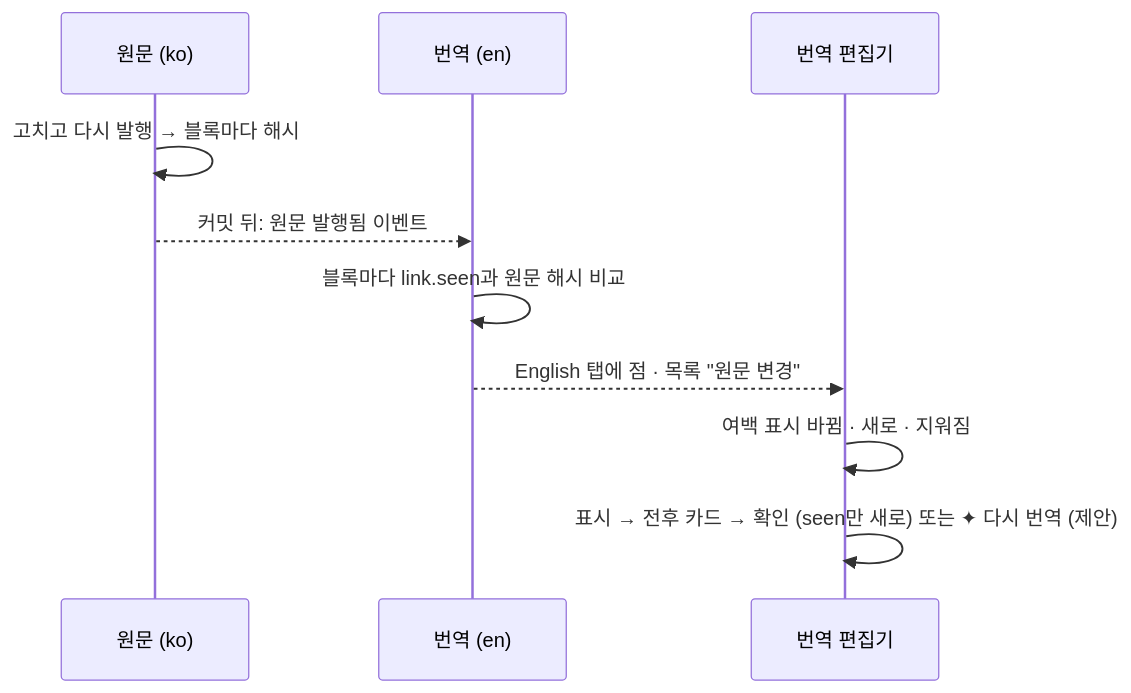
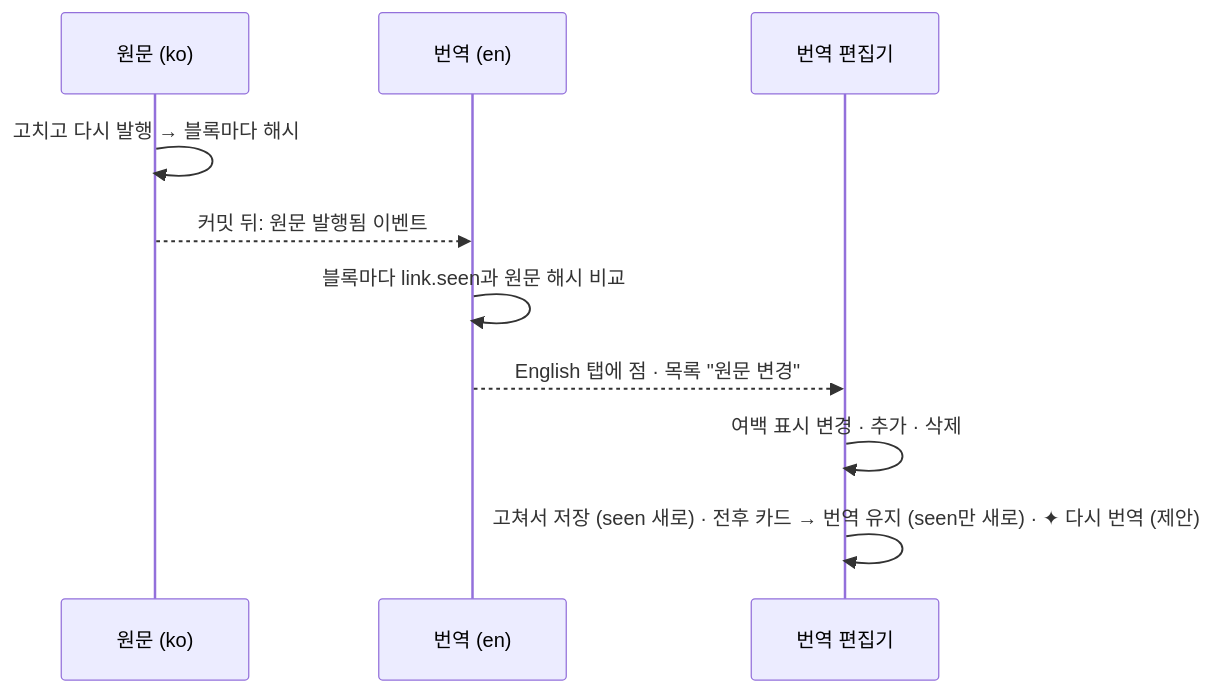
The second of 4 diagrams in docs/design/features/04-languages.md (monti-cms/monti), drawn with Mermaid before and after one commit. The commit also changed other lines of this file and 188 other files, not shown here.

````diff
--- a/docs/design/features/04-languages.md
+++ b/docs/design/features/04-languages.md
@@ -75,13 +75,13 @@
 ```mermaid
 sequenceDiagram
   participant S as 원문 (ko)
   participant T as 번역 (en)
   participant E as 번역 편집기
 
   S->>S: 고치고 다시 발행 → 블록마다 해시
   S-->>T: 커밋 뒤: 원문 발행됨 이벤트
   T->>T: 블록마다 link.seen과 원문 해시 비교
   T-->>E: English 탭에 점 · 목록 "원문 변경"
-  E->>E: 여백 표시 바뀜 · 새로 · 지워짐
-  E->>E: 표시 → 전후 카드 → 확인 (seen만 새로) 또는 ✦ 다시 번역 (제안)
+  E->>E: 여백 표시 변경 · 추가 · 삭제
+  E->>E: 고쳐서 저장 (seen 새로) · 전후 카드 → 번역 유지 (seen만 새로) · ✦ 다시 번역 (제안)
 ```
````
